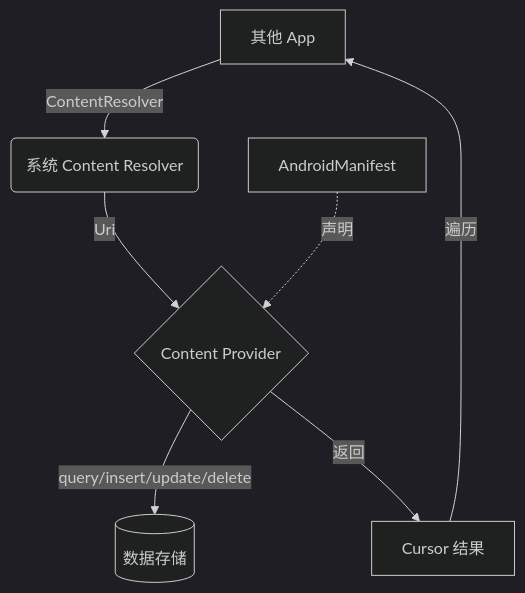
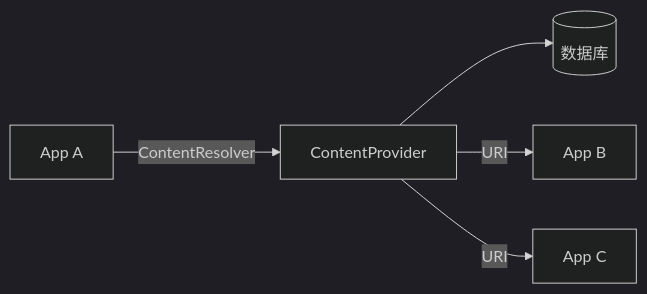
The diagram in AndroidDeveloperGuideStory/Contents/vol1/1.11.1 关于 Content Provider.md (Carrie-L/carrie-l.github.io), drawn with Mermaid (dark theme) before and after one commit. The commit also changed other lines of this file, not shown here.

Commit message:
feat(chapter-1.11.1): Content Provider overview

````diff
--- a/AndroidDeveloperGuideStory/Contents/vol1/1.11.1 关于 Content Provider.md
+++ b/AndroidDeveloperGuideStory/Contents/vol1/1.11.1 关于 Content Provider.md
@@ -334,10 +46,8 @@
 ```mermaid
-flowchart TD
-    A[其他 App] -->|ContentResolver| B(系统 Content Resolver)
-    B -->|Uri| C{Content Provider}
-    C -->|query/insert/update/delete| D[(数据存储)]
-    C -->|返回| E[Cursor 结果]
-    E -->|遍历| A
+graph LR
+    A[App A] -->|ContentResolver| B[ContentProvider]
+    B --> C[(数据库)]
     
-    F[AndroidManifest] -.->|声明| C
+    B -->|URI| D[App B]
+    B -->|URI| E[App C]
 ```
````
